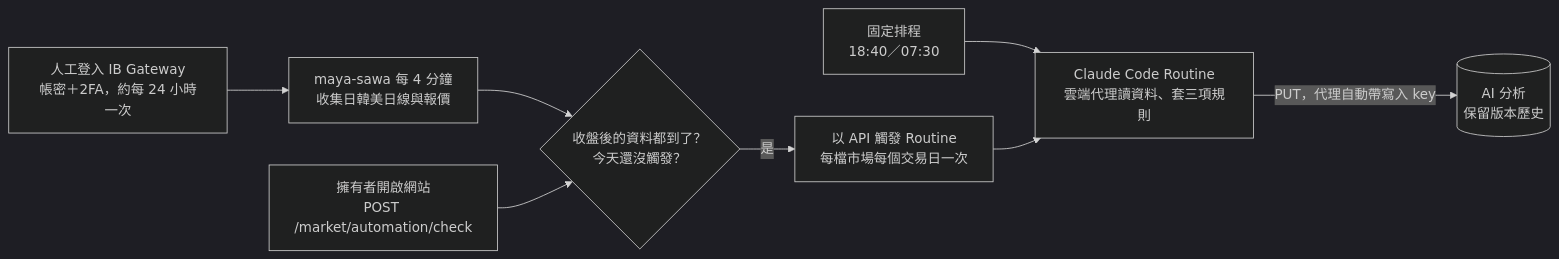
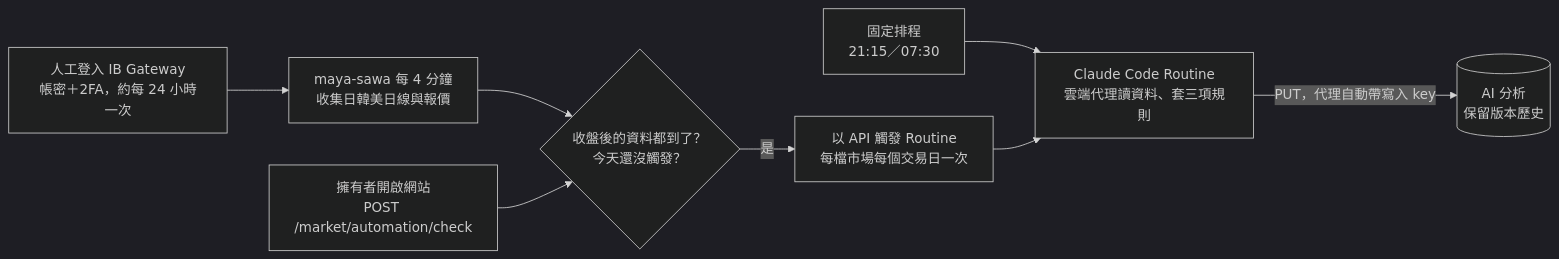
The diagram in docs/MARKET_DASHBOARD_PLAN.md (Vinskao/ty-multiverse), drawn with Mermaid (dark theme) before and after one commit. The commit also changed other lines of this file, not shown here.

Commit message:
docs(market): Taiwan analysis now runs at 21:15 after margin data
Claude-Session: https://claude.ai/code/session_01NjFAuGZX5KW6DadqtLSB28

````diff
--- a/docs/MARKET_DASHBOARD_PLAN.md
+++ b/docs/MARKET_DASHBOARD_PLAN.md
@@ -615,10 +615,10 @@
 ```mermaid
 flowchart LR
   H[人工登入 IB Gateway<br/>帳密＋2FA，約每 24 小時一次] --> C[maya-sawa 每 4 分鐘<br/>收集日韓美日線與報價]
   C --> K{收盤後的資料都到了？<br/>今天還沒觸發？}
   W[擁有者開啟網站<br/>POST /market/automation/check] --> K
   K -- 是 --> F[以 API 觸發 Routine<br/>每檔市場每個交易日一次]
-  S[固定排程<br/>18:40／07:30] --> R
+  S[固定排程<br/>21:15／07:30] --> R
   F --> R[Claude Code Routine<br/>雲端代理讀資料、套三項規則]
   R -->|PUT，代理自動帶寫入 key| A[(AI 分析<br/>保留版本歷史)]
 ```
````
